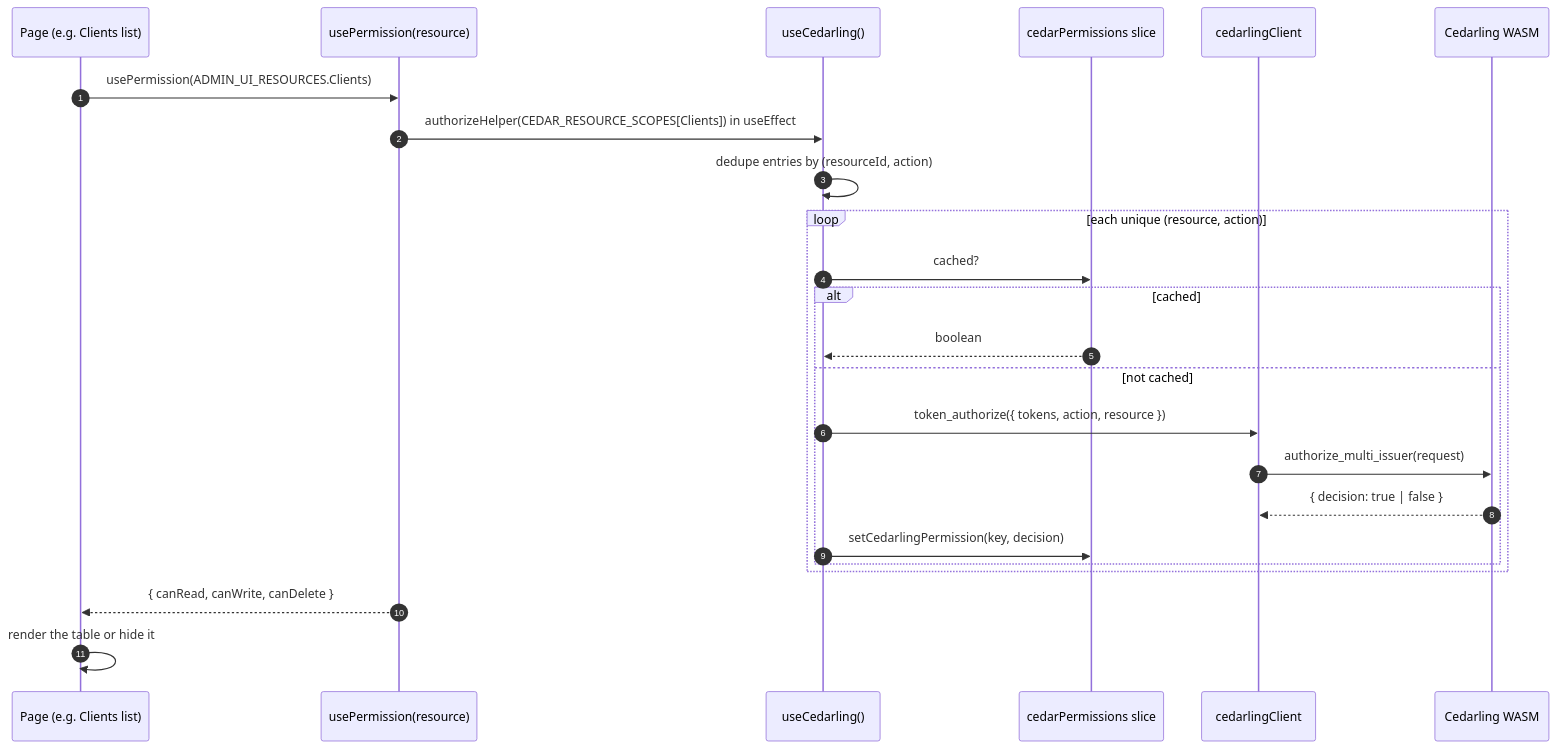
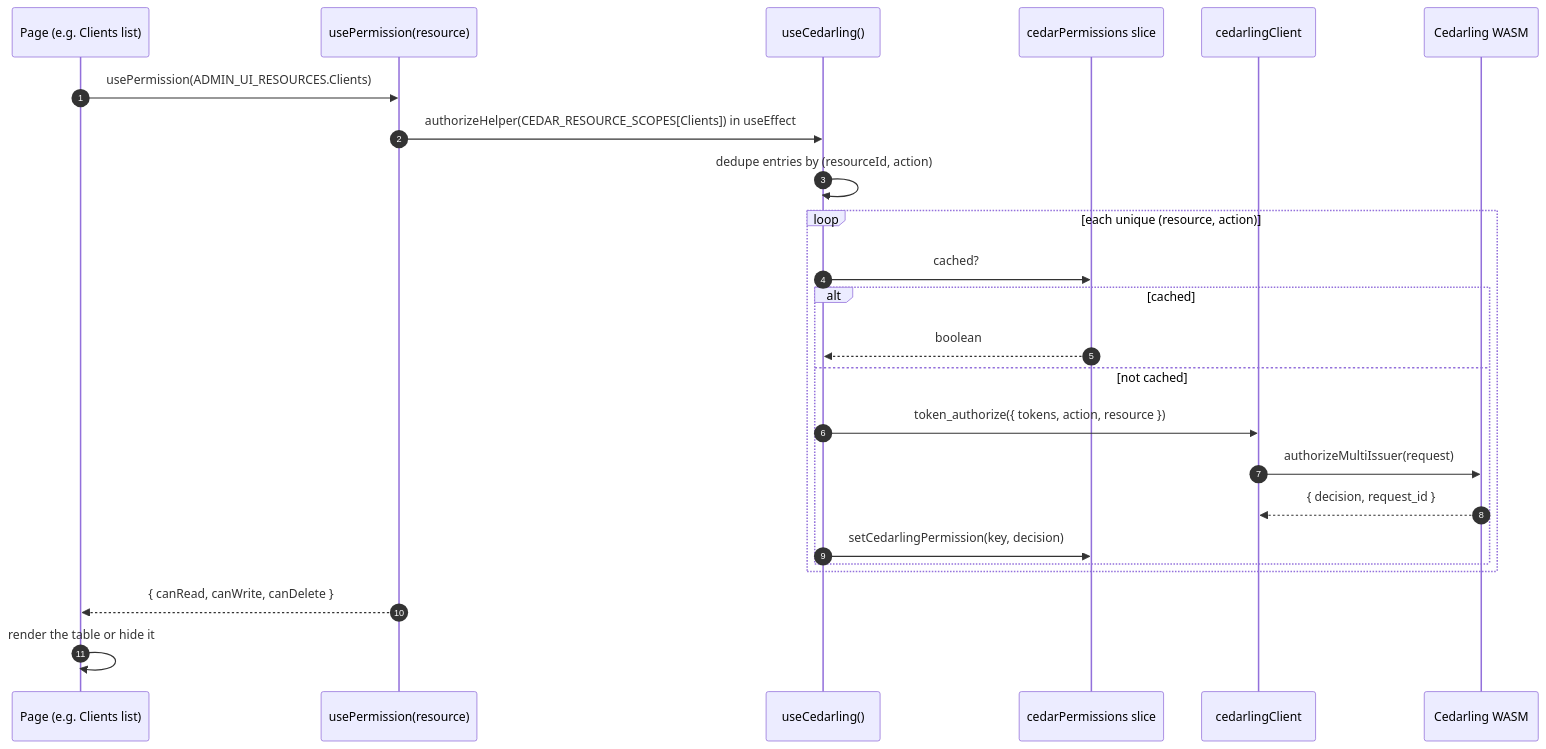
Before and after one commit to GluuFederation/flex: the second of 2 diagrams in admin-ui/docs/cedarling.md, drawn with Mermaid. The commit also changed other lines of this file and 6 other files, not shown here.

````diff
--- a/admin-ui/docs/cedarling.md
+++ b/admin-ui/docs/cedarling.md
@@ -46,27 +46,27 @@
 ```mermaid
 sequenceDiagram
     autonumber
     participant Page as Page (e.g. Clients list)
     participant Perm as usePermission(resource)
     participant Hook as useCedarling()
     participant Cache as cedarPermissions slice
     participant Client as cedarlingClient
     participant Wasm as Cedarling WASM
 
     Page->>Perm: usePermission(ADMIN_UI_RESOURCES.Clients)
     Perm->>Hook: authorizeHelper(CEDAR_RESOURCE_SCOPES[Clients]) in useEffect
     Hook->>Hook: dedupe entries by (resourceId, action)
     loop each unique (resource, action)
         Hook->>Cache: cached?
         alt cached
             Cache-->>Hook: boolean
         else not cached
             Hook->>Client: token_authorize({ tokens, action, resource })
-            Client->>Wasm: authorize_multi_issuer(request)
-            Wasm-->>Client: { decision: true | false }
+            Client->>Wasm: authorizeMultiIssuer(request)
+            Wasm-->>Client: { decision, request_id }
             Hook->>Cache: setCedarlingPermission(key, decision)
         end
     end
     Perm-->>Page: { canRead, canWrite, canDelete }
     Page->>Page: render the table or hide it
 ```
````
